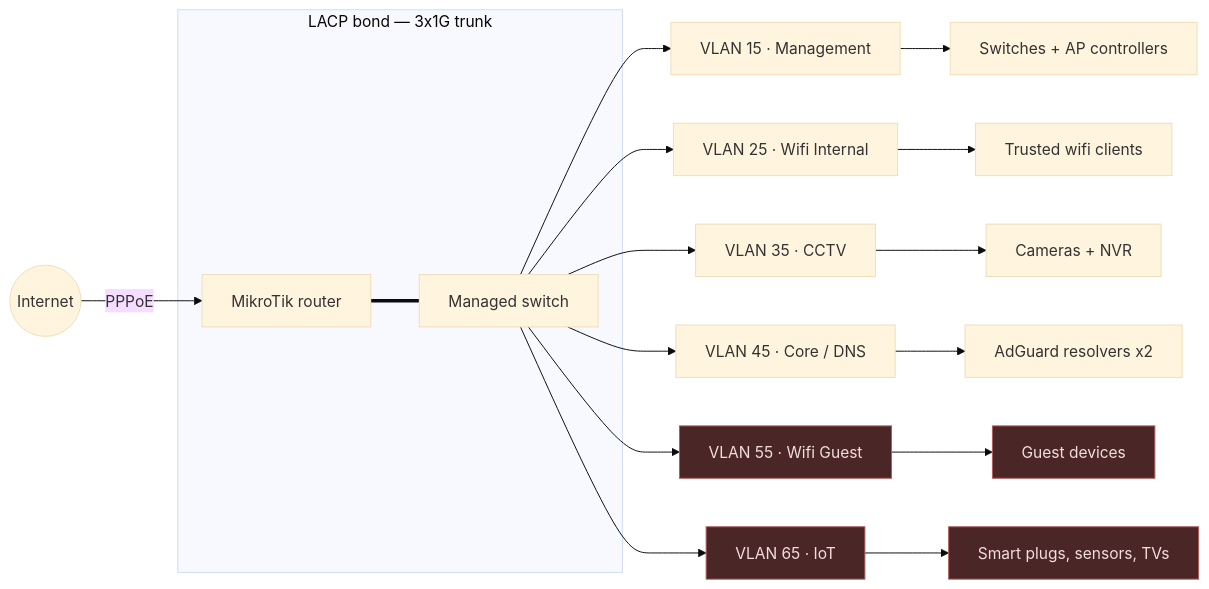
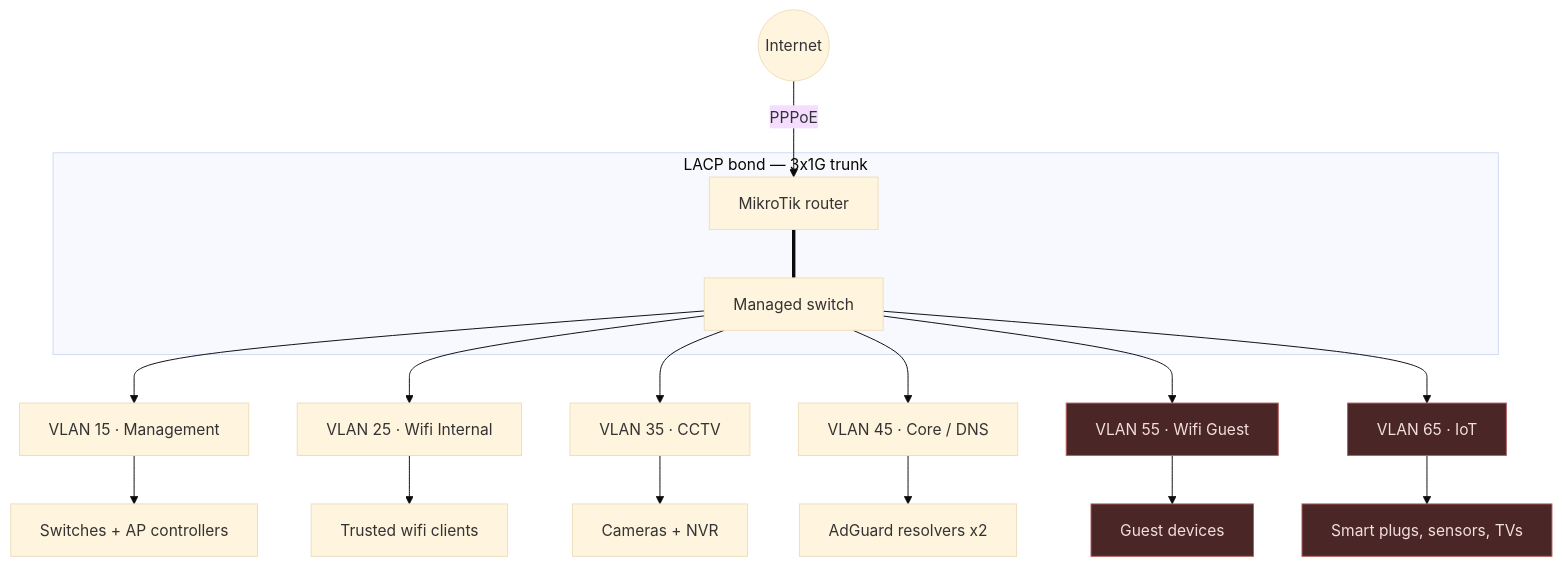
The diagram in content/posts/2026-08-22-home-network-vlan-design.md (hiepnh610/profile), drawn with Mermaid (base theme) before and after one commit. The commit also changed 1 other file, not shown here.

Commit message:
feat: click-to-enlarge modal for mermaid diagrams
Also switch the VLAN network diagram to vertical layout.

```diff
--- a/content/posts/2026-08-22-home-network-vlan-design.md
+++ b/content/posts/2026-08-22-home-network-vlan-design.md
@@ -19,25 +19,25 @@
 {{< mermaid >}}
-flowchart LR
+flowchart TD
     WAN((Internet)) -- PPPoE --> RTR[MikroTik router]
 
     subgraph LAN["LACP bond — 3x1G trunk"]
         RTR === SW[Managed switch]
     end
 
     SW --> V15[VLAN 15 · Management]
     SW --> V25[VLAN 25 · Wifi Internal]
     SW --> V35[VLAN 35 · CCTV]
     SW --> V45[VLAN 45 · Core / DNS]
     SW --> V55[VLAN 55 · Wifi Guest]
     SW --> V65[VLAN 65 · IoT]
 
     V15 --> INF[Switches + AP controllers]
     V25 --> TRUST[Trusted wifi clients]
     V35 --> CAM[Cameras + NVR]
     V45 --> DNS[AdGuard resolvers x2]
     V55 --> GUEST[Guest devices]
     V65 --> IOT[Smart plugs, sensors, TVs]
 
     classDef isolated fill:#4a2626,stroke:#b35c5c,color:#f3dede
     class V55,V65,GUEST,IOT isolated
 {{< /mermaid >}}
```
